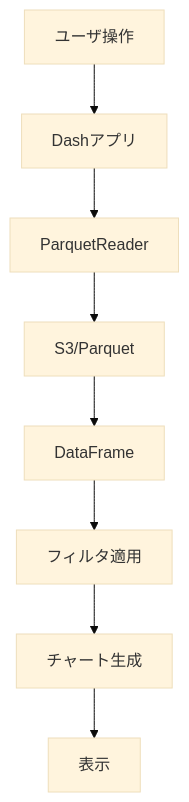
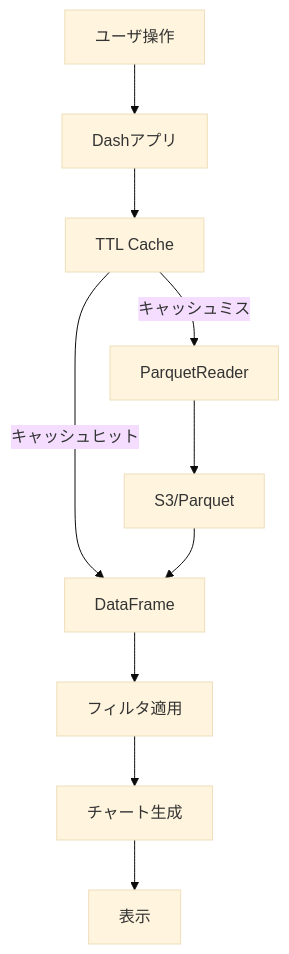
The second of 3 diagrams in docs/tech-spec.md (tndhk/No42_work_bi_PythonAll), drawn with Mermaid (base theme) before and after one commit. The commit also changed other lines of this file and 1 other file, not shown here.

````diff
--- a/docs/tech-spec.md
+++ b/docs/tech-spec.md
@@ -185,10 +267,12 @@
 ```mermaid
 flowchart TB
     User[ユーザ操作] --> Dash[Dashアプリ]
-    Dash --> ParquetReader[ParquetReader]
+    Dash --> Cache[TTL Cache]
+    Cache -->|キャッシュヒット| DataFrame[DataFrame]
+    Cache -->|キャッシュミス| ParquetReader[ParquetReader]
     ParquetReader --> S3[S3/Parquet]
-    S3 --> DataFrame[DataFrame]
+    S3 --> DataFrame
     DataFrame --> Filter[フィルタ適用]
     Filter --> Chart[チャート生成]
     Chart --> Display[表示]
 ```
````
